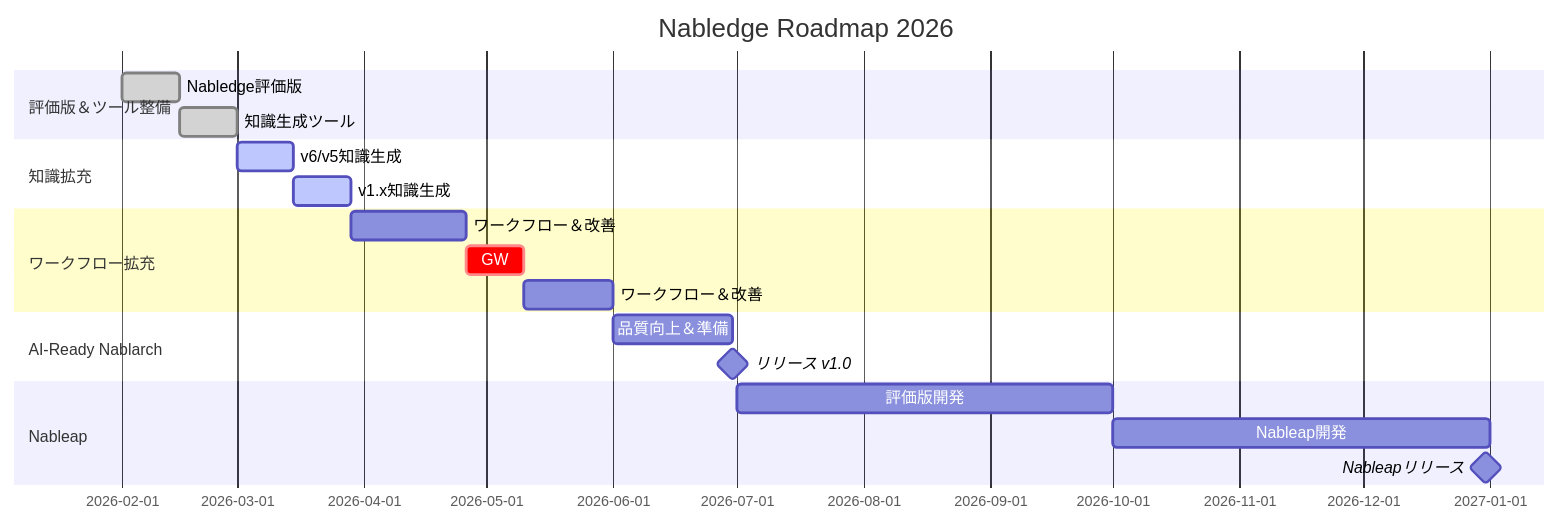
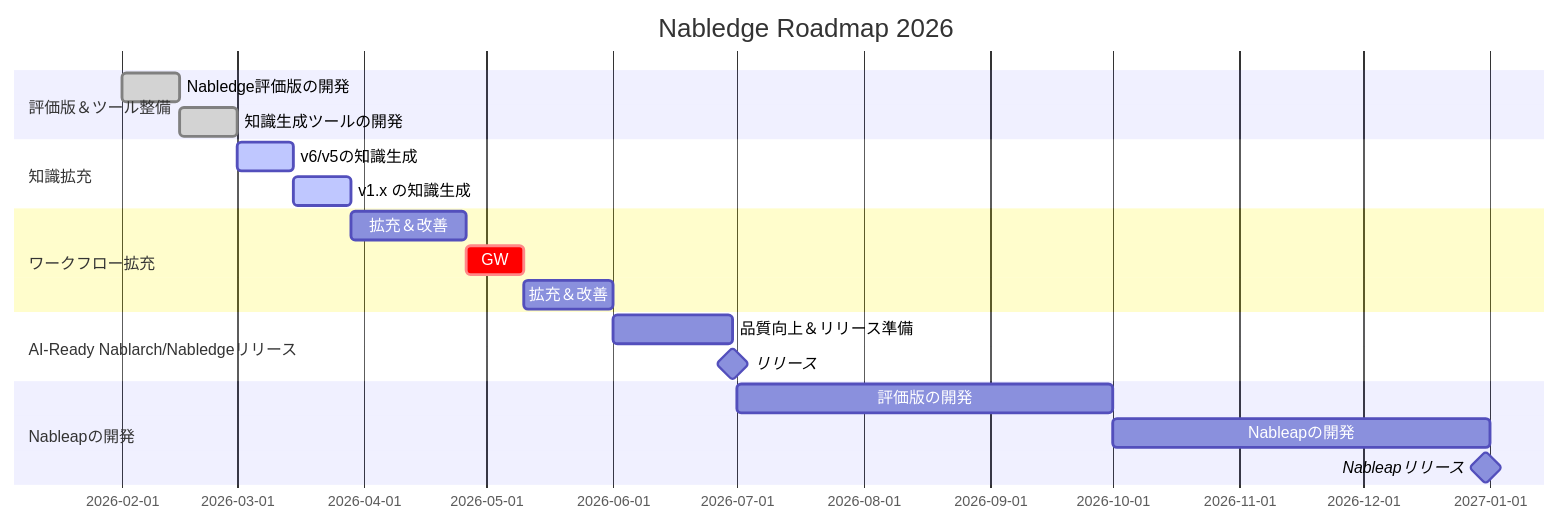
Before and after one commit to nablarch/nabledge-dev: the diagram in doc/development-status.md, drawn with Mermaid. The commit also changed other lines of this file, not shown here.

First line of the commit message:
Match roadmap phase names to specified format

````diff
--- a/doc/development-status.md
+++ b/doc/development-status.md
@@ -19,27 +19,27 @@
 ```mermaid
 gantt
     title Nabledge Roadmap 2026
     dateFormat YYYY-MM-DD
 
     section 評価版＆ツール整備
-    Nabledge評価版            :done, 2026-02-01, 14d
-    知識生成ツール            :done, 2026-02-15, 14d
+    Nabledge評価版の開発      :done, 2026-02-01, 14d
+    知識生成ツールの開発      :done, 2026-02-15, 14d
 
     section 知識拡充
-    v6/v5知識生成            :active, 2026-03-01, 14d
-    v1.x知識生成             :active, 2026-03-15, 14d
+    v6/v5の知識生成          :active, 2026-03-01, 14d
+    v1.x の知識生成          :active, 2026-03-15, 14d
 
     section ワークフロー拡充
-    ワークフロー＆改善        :2026-03-29, 28d
+    拡充＆改善               :2026-03-29, 28d
     GW                      :crit, 2026-04-26, 14d
-    ワークフロー＆改善        :2026-05-10, 22d
+    拡充＆改善               :2026-05-10, 22d
 
-    section AI-Ready Nablarch
-    品質向上＆準備            :2026-06-01, 29d
-    リリース v1.0           :milestone, 2026-06-30, 0d
+    section AI-Ready Nablarch/Nabledgeリリース
+    品質向上＆リリース準備     :2026-06-01, 29d
+    リリース                 :milestone, 2026-06-30, 0d
 
-    section Nableap
-    評価版開発               :2026-07-01, 3M
-    Nableap開発             :2026-10-01, 3M
+    section Nableapの開発
+    評価版の開発             :2026-07-01, 3M
+    Nableapの開発           :2026-10-01, 3M
     Nableapリリース          :milestone, 2026-12-31, 0d
 ```
````
